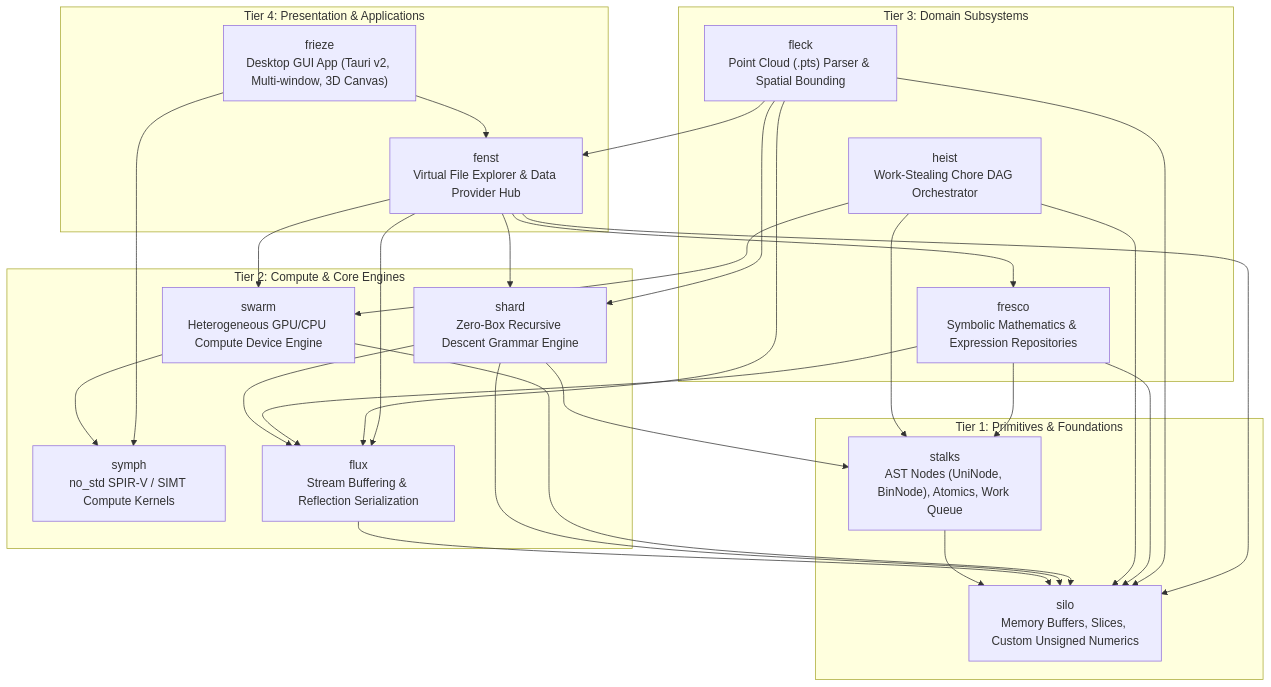
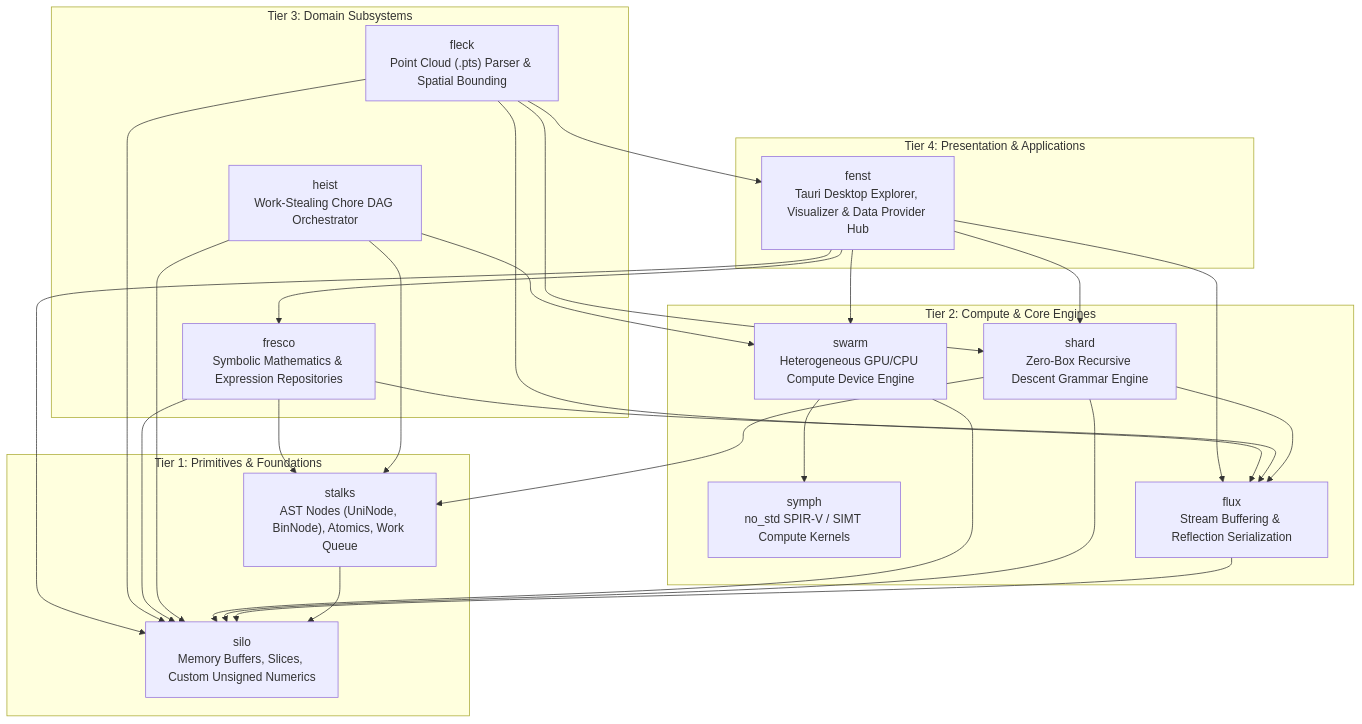
One commit to jswarup/Kosh changed the diagram in wiki/Architecture.md. Above: the diagram before and after it, drawn with Mermaid. The commit also changed other lines of this file and 8 other files, not shown here.

Commit message:
Relocate frieze explorer into fenst

````diff
--- a/wiki/Architecture.md
+++ b/wiki/Architecture.md
@@ -17,56 +17,53 @@
 ```mermaid
 graph TD
     subgraph Layer4 ["Tier 4: Presentation & Applications"]
-        Frieze["frieze<br/>Desktop GUI App (Tauri v2, Multi-window, 3D Canvas)"]
-        Fenst["fenst<br/>Virtual File Explorer & Data Provider Hub"]
+        Fenst["fenst<br/>Tauri Desktop Explorer, Visualizer & Data Provider Hub"]
     end
 
     subgraph Layer3 ["Tier 3: Domain Subsystems"]
         Fleck["fleck<br/>Point Cloud (.pts) Parser & Spatial Bounding"]
         Fresco["fresco<br/>Symbolic Mathematics & Expression Repositories"]
         Heist["heist<br/>Work-Stealing Chore DAG Orchestrator"]
     end
 
     subgraph Layer2 ["Tier 2: Compute & Core Engines"]
         Swarm["swarm<br/>Heterogeneous GPU/CPU Compute Device Engine"]
         Symph["symph<br/>no_std SPIR-V / SIMT Compute Kernels"]
         Shard["shard<br/>Zero-Box Recursive Descent Grammar Engine"]
         Flux["flux<br/>Stream Buffering & Reflection Serialization"]
     end
 
     subgraph Layer1 ["Tier 1: Primitives & Foundations"]
         Stalks["stalks<br/>AST Nodes (UniNode, BinNode), Atomics, Work Queue"]
         Silo["silo<br/>Memory Buffers, Slices, Custom Unsigned Numerics"]
     end
 
-    Frieze --> Fenst
-    Frieze --> Symph
     Fenst --> Shard
     Fenst --> Fresco
     Fenst --> Flux
     Fenst --> Swarm
     Fenst --> Silo
 
     Fleck --> Shard
     Fleck --> Flux
     Fleck --> Silo
     Fleck --> Fenst
 
     Fresco --> Flux
     Fresco --> Stalks
     Fresco --> Silo
 
     Heist --> Swarm
     Heist --> Stalks
     Heist --> Silo
 
     Swarm --> Symph
     Swarm --> Silo
 
     Shard --> Stalks
     Shard --> Flux
     Shard --> Silo
 
     Flux --> Silo
     Stalks --> Silo
 ```
````
